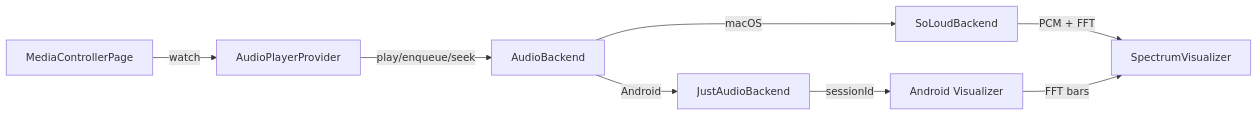
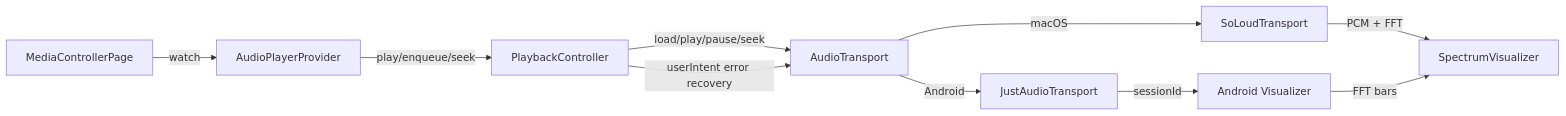
Before and after one commit to maxim-saplin/nothingness: the first of 2 diagrams in docs/architecture/audio-playback-spectrum.md, drawn with Mermaid. The commit also changed other lines of this file and 18 other files, not shown here.

Commit message:
Refactored playback, added seek slider

````diff
--- a/docs/architecture/audio-playback-spectrum.md
+++ b/docs/architecture/audio-playback-spectrum.md
@@ -21,10 +36,12 @@
 ```mermaid
 flowchart LR
   UI[MediaControllerPage] -->|watch| Provider[AudioPlayerProvider]
-  Provider -->|play/enqueue/seek| Backend[AudioBackend]
-    Backend -->|macOS| SoLoud[SoLoudBackend]
-    Backend -->|Android| JA[JustAudioBackend]
+  Provider -->|play/enqueue/seek| Controller[PlaybackController]
+  Controller -->|load/play/pause/seek| Transport[AudioTransport]
+    Transport -->|macOS| SoLoud[SoLoudTransport]
+    Transport -->|Android| JA[JustAudioTransport]
     SoLoud -->|PCM + FFT| Vis[SpectrumVisualizer]
     JA -->|sessionId| Native[Android Visualizer]
     Native -->|FFT bars| Vis
+    Controller -->|userIntent error recovery| Transport
 ```
````
